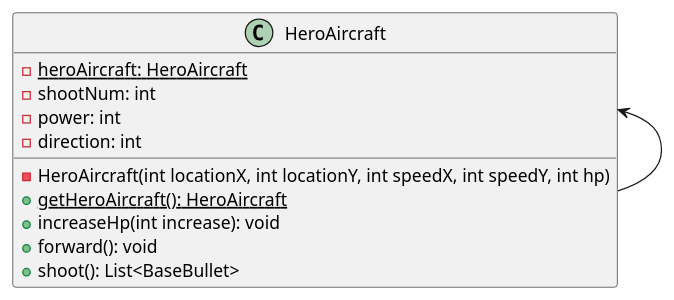
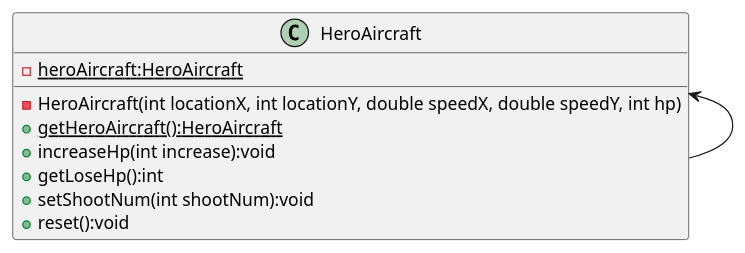
The diagram in uml/Singleton.puml (Lau-pq/AircraftWar), drawn with PlantUML before and after one commit. The commit also changed 10 other files, not shown here.

Commit message:
feat: 完整版uml图

```diff
--- a/uml/Singleton.puml
+++ b/uml/Singleton.puml
@@ -1,18 +1,16 @@
 @startuml
 'https://plantuml.com/class-diagram
 
 class HeroAircraft {
-    - {static} heroAircraft: HeroAircraft
-    - shootNum: int
-    - power: int
-    - direction: int
-    - HeroAircraft(int locationX, int locationY, int speedX, int speedY, int hp)
-    + {static} getHeroAircraft(): HeroAircraft
-    + increaseHp(int increase): void
-    + forward(): void
-    + shoot(): List<BaseBullet>
+    - {static} heroAircraft:HeroAircraft
+    - HeroAircraft(int locationX, int locationY, double speedX, double speedY, int hp)
+    + {static} getHeroAircraft():HeroAircraft
+    + increaseHp(int increase):void
+    + getLoseHp():int
+    + setShootNum(int shootNum):void
+    + reset():void
 }
 
 HeroAircraft <-- HeroAircraft
 
 @enduml
```
